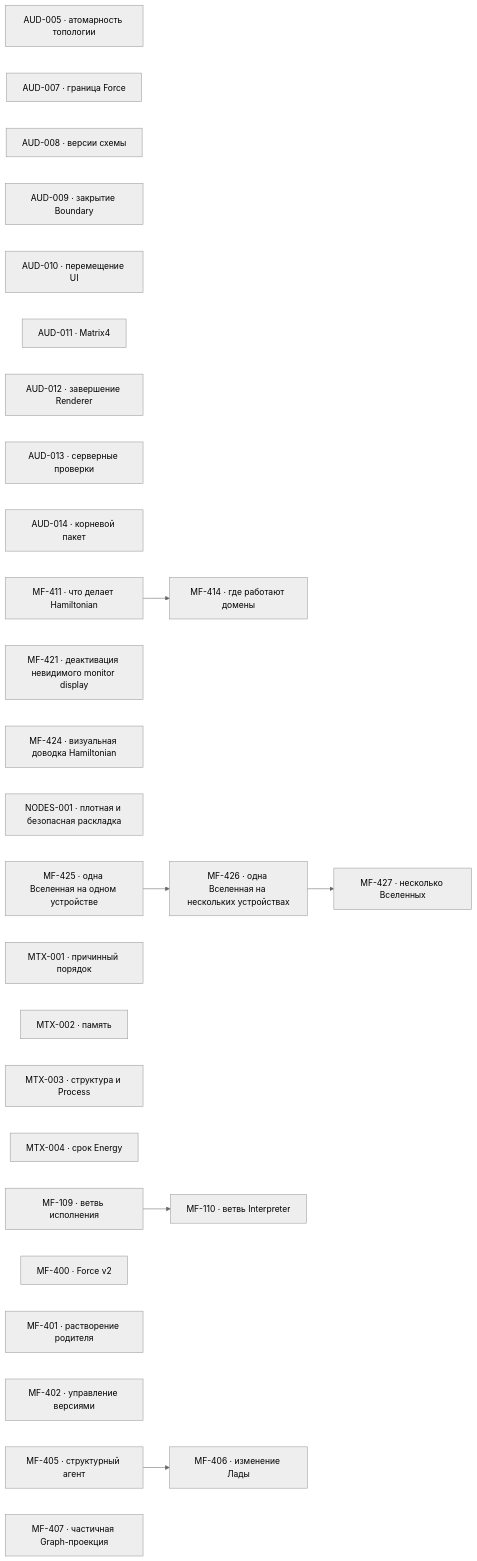
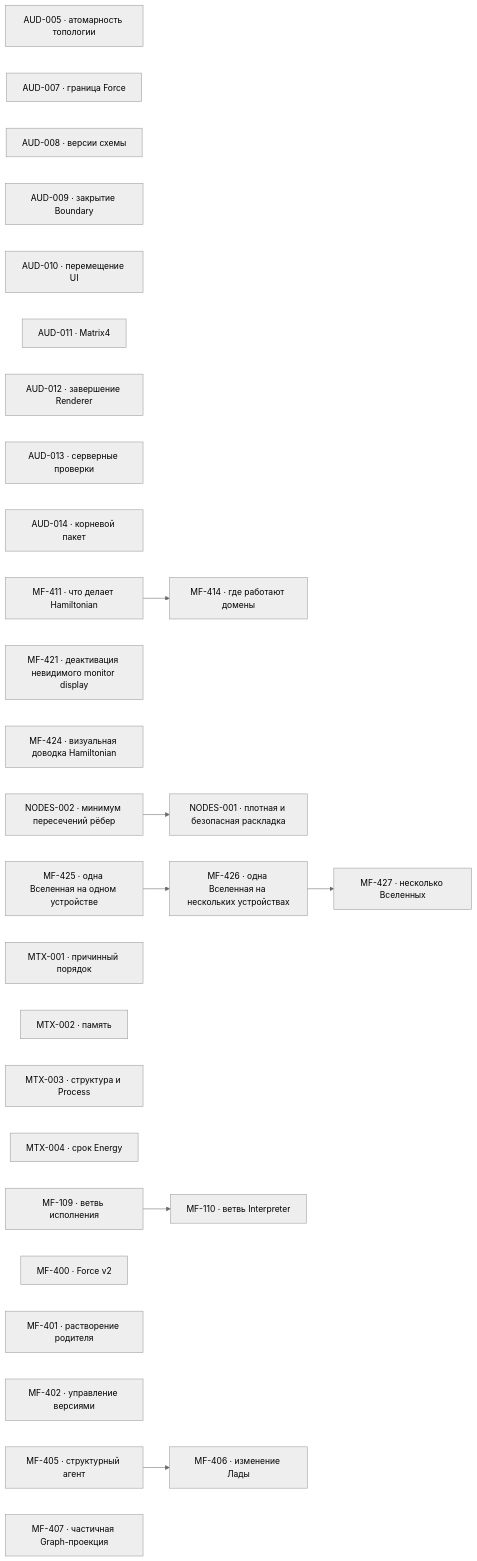
One commit to zavx0z/metafor changed the diagram in project/TODO.md. Above: the diagram before and after it, drawn with Mermaid (neutral theme). The commit also changed other lines of this file and 44 other files, not shown here.

````diff
--- a/project/TODO.md
+++ b/project/TODO.md
@@ -13,37 +13,39 @@
 ```mermaid
 flowchart LR
     AUD005["AUD-005 · атомарность топологии"]
     AUD007["AUD-007 · граница Force"]
     AUD008["AUD-008 · версии схемы"]
     AUD009["AUD-009 · закрытие Boundary"]
     AUD010["AUD-010 · перемещение UI"]
     AUD011["AUD-011 · Matrix4"]
     AUD012["AUD-012 · завершение Renderer"]
     AUD013["AUD-013 · серверные проверки"]
     AUD014["AUD-014 · корневой пакет"]
     MF411["MF-411 · что делает Hamiltonian"]
     MF414["MF-414 · где работают домены"]
     MF421["MF-421 · деактивация невидимого monitor display"]
     MF424["MF-424 · визуальная доводка Hamiltonian"]
     NODES001["NODES-001 · плотная и безопасная раскладка"]
+    NODES002["NODES-002 · минимум пересечений рёбер"]
     MF425["MF-425 · одна Вселенная на одном устройстве"]
     MF426["MF-426 · одна Вселенная на нескольких устройствах"]
     MF427["MF-427 · несколько Вселенных"]
     MTX001["MTX-001 · причинный порядок"]
     MTX002["MTX-002 · память"]
     MTX003["MTX-003 · структура и Process"]
     MTX004["MTX-004 · срок Energy"]
     MF109["MF-109 · ветвь исполнения"]
     MF110["MF-110 · ветвь Interpreter"]
     MF400["MF-400 · Force v2"]
     MF401["MF-401 · растворение родителя"]
     MF402["MF-402 · управление версиями"]
     MF405["MF-405 · структурный агент"]
     MF406["MF-406 · изменение Лады"]
     MF407["MF-407 · частичная Graph-проекция"]
     MF109 --> MF110
     MF405 --> MF406
     MF411 --> MF414
+    NODES002 --> NODES001
     MF425 --> MF426
     MF426 --> MF427
 ```
````
